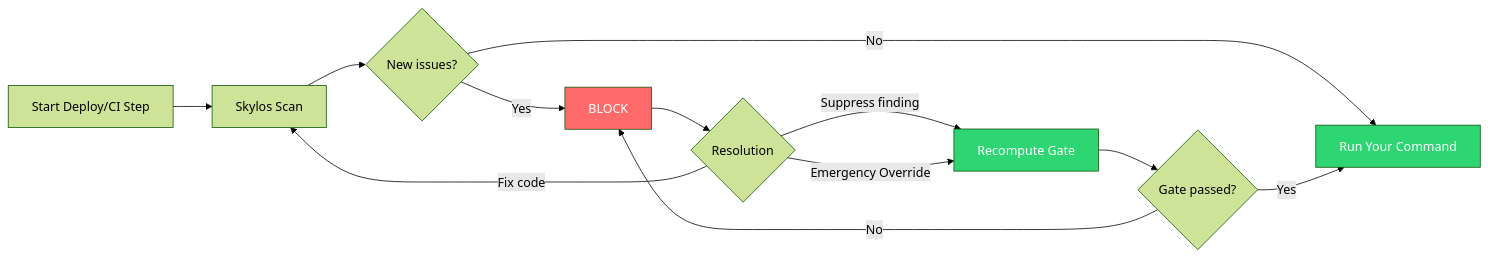
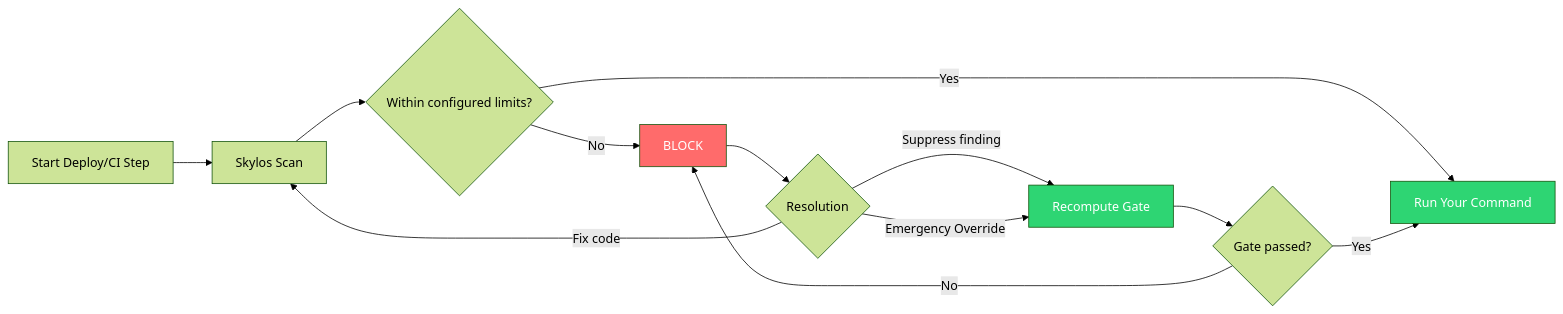
One commit to duriantaco/skylos-docs changed the diagram in docs/quality-gate.mdx. Above: the diagram before and after it, drawn with Mermaid (forest theme). The commit also changed other lines of this file and 9 other files, not shown here.

````diff
--- a/docs/quality-gate.mdx
+++ b/docs/quality-gate.mdx
@@ -74,18 +89,18 @@
 ```mermaid
 flowchart LR
     A[Start Deploy/CI Step] --> B[Skylos Scan]
-    B --> C{New issues?}
-    C -->|No| D[Run Your Command]
-    C -->|Yes| E[BLOCK]
+    B --> C{Within configured limits?}
+    C -->|Yes| D[Run Your Command]
+    C -->|No| E[BLOCK]
     E --> F{Resolution}
     F -->|Fix code| B
     F -->|Suppress finding| G[Recompute Gate]
     F -->|Emergency Override| G
     G --> H{Gate passed?}
     H -->|Yes| D
     H -->|No| E
 
     style D fill:#2ed573,color:#fff
     style E fill:#ff6b6b,color:#fff
     style G fill:#2ed573,color:#fff
 ```
````
